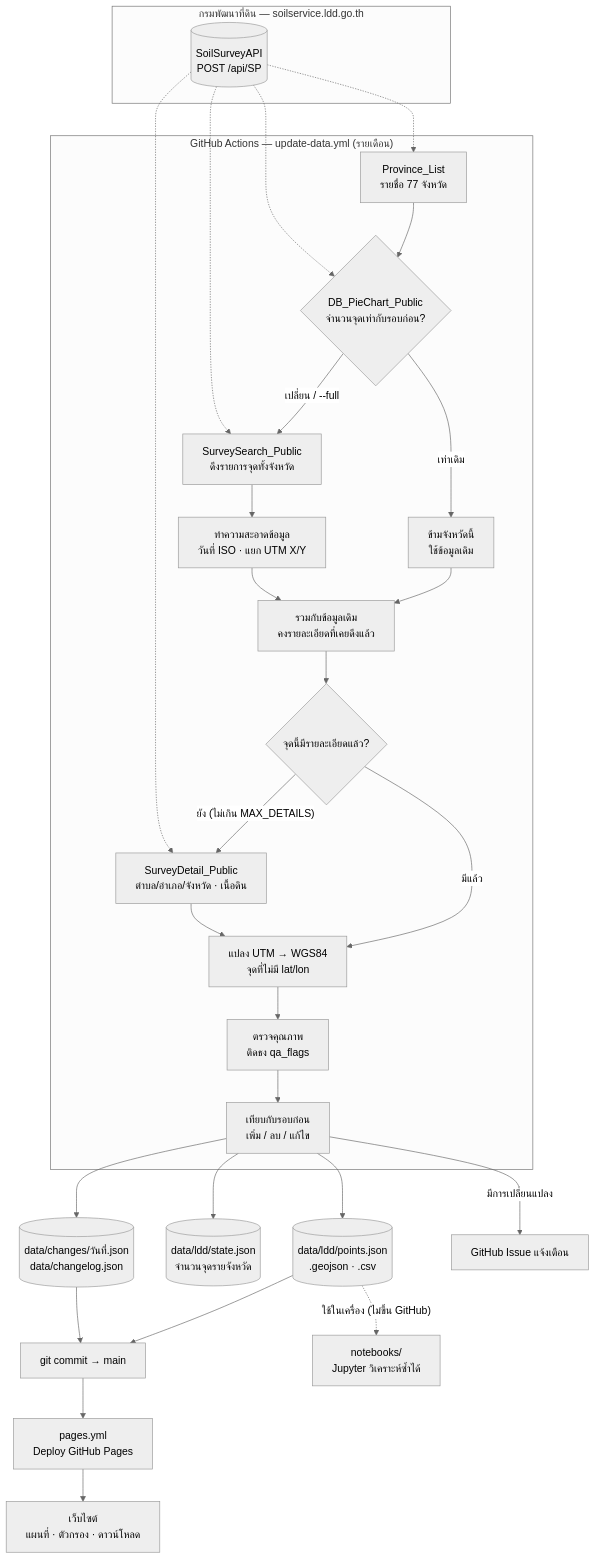
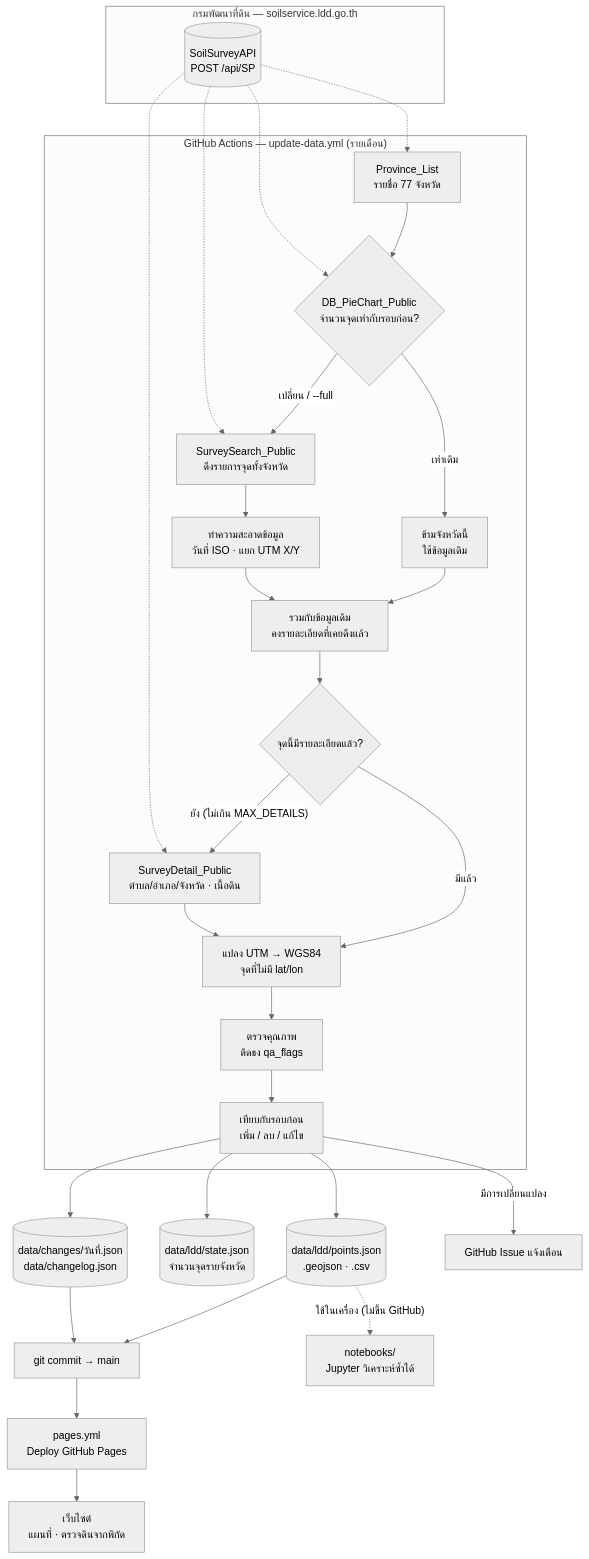
Before and after one commit to Navavit/sisoil: the first of 3 diagrams in docs/architecture.md, drawn with Mermaid (neutral theme). The commit also changed 110 other files, not shown here.

````diff
--- a/docs/architecture.md
+++ b/docs/architecture.md
@@ -5,34 +5,34 @@
 ```mermaid
 flowchart TD
     subgraph LDD["กรมพัฒนาที่ดิน — soilservice.ldd.go.th"]
         API[("SoilSurveyAPI<br/>POST /api/SP")]
     end
 
     subgraph GHA["GitHub Actions — update-data.yml (รายเดือน)"]
         A[Province_List<br/>รายชื่อ 77 จังหวัด] --> B{DB_PieChart_Public<br/>จำนวนจุดเท่ากับรอบก่อน?}
         B -- "เท่าเดิม" --> S[ข้ามจังหวัดนี้<br/>ใช้ข้อมูลเดิม]
         B -- "เปลี่ยน / --full" --> C[SurveySearch_Public<br/>ดึงรายการจุดทั้งจังหวัด]
         C --> N[ทำความสะอาดข้อมูล<br/>วันที่ ISO · แยก UTM X/Y]
         S --> M
         N --> M[รวมกับข้อมูลเดิม<br/>คงรายละเอียดที่เคยดึงแล้ว]
         M --> D{จุดนี้มีรายละเอียดแล้ว?}
         D -- "ยัง (ไม่เกิน MAX_DETAILS)" --> E[SurveyDetail_Public<br/>ตำบล/อำเภอ/จังหวัด · เนื้อดิน]
         D -- "มีแล้ว" --> U
         E --> U[แปลง UTM → WGS84<br/>จุดที่ไม่มี lat/lon]
         U --> Q[ตรวจคุณภาพ<br/>ติดธง qa_flags]
         Q --> X[เทียบกับรอบก่อน<br/>เพิ่ม / ลบ / แก้ไข]
     end
 
     API -.-> A & B & C & E
 
     X --> F1[(data/ldd/points.json<br/>.geojson · .csv)]
     X --> F2[(data/ldd/state.json<br/>จำนวนจุดรายจังหวัด)]
     X --> F3[(data/changes/วันที่.json<br/>data/changelog.json)]
     X -- "มีการเปลี่ยนแปลง" --> I[GitHub Issue แจ้งเตือน]
 
     F1 & F3 --> G[git commit → main]
     G --> P[pages.yml<br/>Deploy GitHub Pages]
-    P --> W[เว็บไซต์<br/>แผนที่ · ตัวกรอง · ดาวน์โหลด]
+    P --> W[เว็บไซต์<br/>แผนที่ · ตรวจดินจากพิกัด]
 
     F1 -. "ใช้ในเครื่อง (ไม่ขึ้น GitHub)" .-> NB[notebooks/<br/>Jupyter วิเคราะห์ซ้ำได้]
 ```
````
